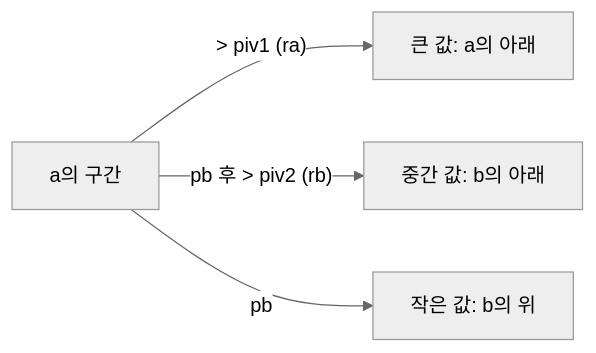
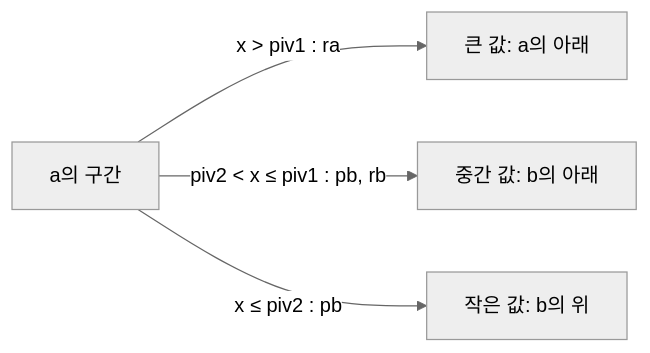
Before and after one commit to PfClaKr/pfclakr.github.io: the diagram in content/posts/42/2022-12-09-push-swap/ko.md, drawn with Mermaid (neutral theme). The commit also changed 3 other files, not shown here.

Commit message:
fix: push_swap diagram labels read as markdown

````diff
--- a/content/posts/42/2022-12-09-push-swap/ko.md
+++ b/content/posts/42/2022-12-09-push-swap/ko.md
@@ -59,6 +59,6 @@
 ```mermaid
 flowchart LR
-    A["a의 구간"] -->|"> piv1 (ra)"| L["큰 값: a의 아래"]
-    A -->|"pb 후 > piv2 (rb)"| M["중간 값: b의 아래"]
-    A -->|"pb"| S["작은 값: b의 위"]
+    A["a의 구간"] -->|"x > piv1 : ra"| L["큰 값: a의 아래"]
+    A -->|"piv2 < x ≤ piv1 : pb, rb"| M["중간 값: b의 아래"]
+    A -->|"x ≤ piv2 : pb"| S["작은 값: b의 위"]
 ```
````
